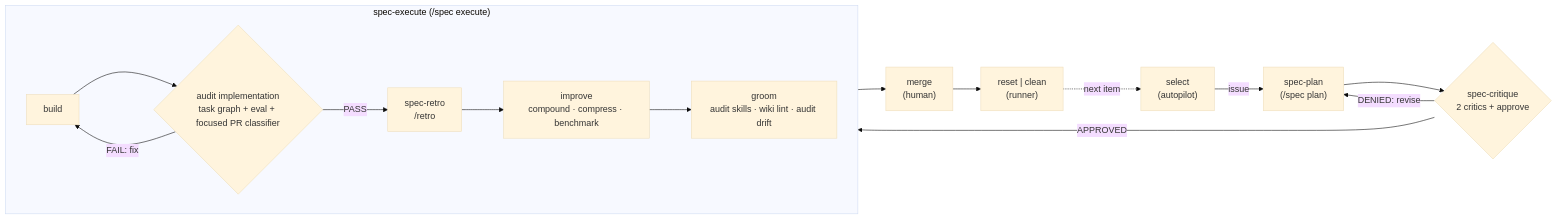
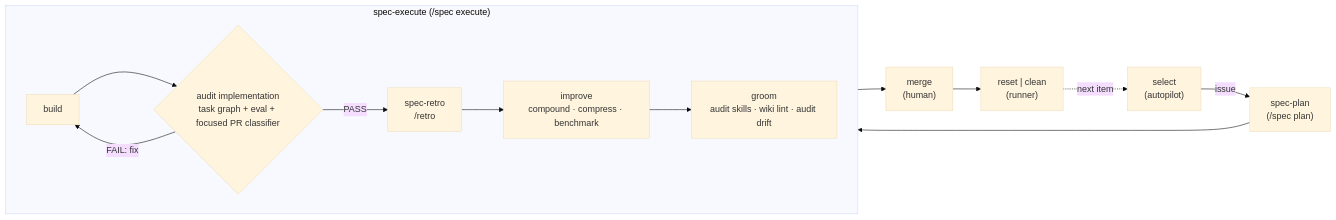
Before and after one commit to mifunedev/openharness: the diagram in AGENTS.md, drawn with Mermaid (base theme). The commit also changed other lines of this file and 23 other files, not shown here.

First line of the commit message:
task: US-001 — Remove the critique/approve gate

````diff
--- a/AGENTS.md
+++ b/AGENTS.md
@@ -142,18 +144,16 @@
 ```mermaid
 flowchart LR
     SEL["select<br/>(autopilot)"] -->|issue| PLAN["spec-plan<br/>(/spec plan)"]
-    PLAN --> CRIT{"spec-critique<br/>2 critics + approve"}
-    CRIT -->|DENIED: revise| PLAN
-    CRIT -->|APPROVED| BUILD["build"]
+    PLAN --> BUILD["build"]
     subgraph EXEC["spec-execute (/spec execute)"]
         direction LR
         BUILD --> AUDIT{"audit implementation<br/>task graph + eval + focused PR classifier"}
         AUDIT -->|FAIL: fix| BUILD
         AUDIT -->|PASS| SRETRO["spec-retro<br/>/retro"]
         SRETRO --> IMPROVE["improve<br/>compound · compress · benchmark"]
         IMPROVE --> GROOM["groom<br/>audit skills · wiki lint · audit drift"]
     end
     GROOM --> MERGE["merge<br/>(human)"]
     MERGE --> RESET["reset | clean<br/>(runner)"]
     RESET -.->|next item| SEL
 ```
````
